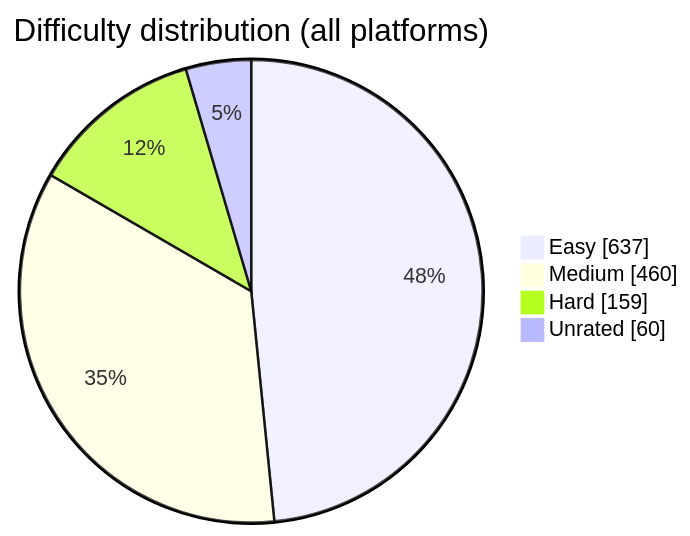
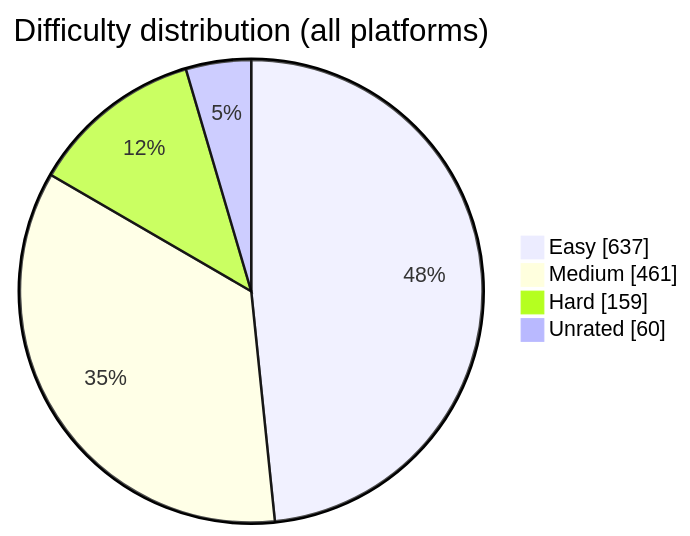
Before and after one commit to BuildbyArindam/Daily-Coding-Log: the diagram in README.md, drawn with Mermaid. The commit also changed other lines of this file, not shown here.

````diff
--- a/README.md
+++ b/README.md
@@ -93,7 +93,7 @@
 ```mermaid
 pie showData title Difficulty distribution (all platforms)
     "Easy" : 637
-    "Medium" : 460
+    "Medium" : 461
     "Hard" : 159
     "Unrated" : 60
 ```
````
